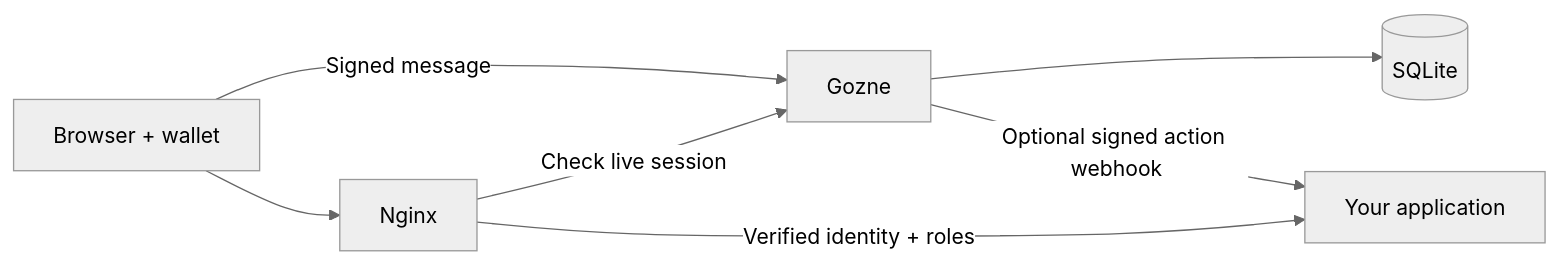
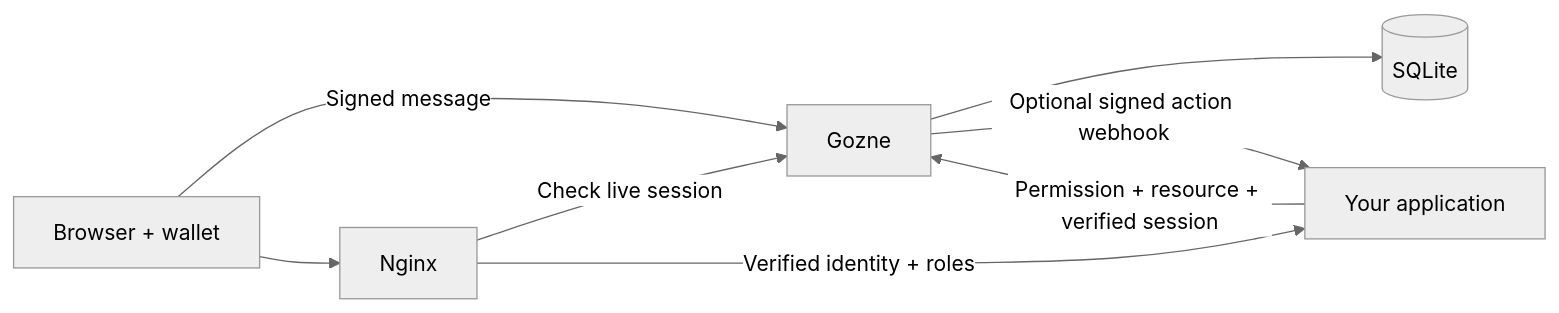
Before and after one commit to enriquegrx/gozne: the diagram in README.md, drawn with Mermaid (neutral theme). The commit also changed other lines of this file and 44 other files, not shown here.

````diff
--- a/README.md
+++ b/README.md
@@ -150,9 +154,10 @@
 ```mermaid
 flowchart LR
     W[Browser + wallet] -->|Signed message| G[Gozne]
     G --> S[(SQLite)]
     W --> N[Nginx]
     N -->|Check live session| G
     N -->|Verified identity + roles| A[Your application]
+    A -->|Permission + resource + verified session| G
     G -->|Optional signed action webhook| A
 ```
````
